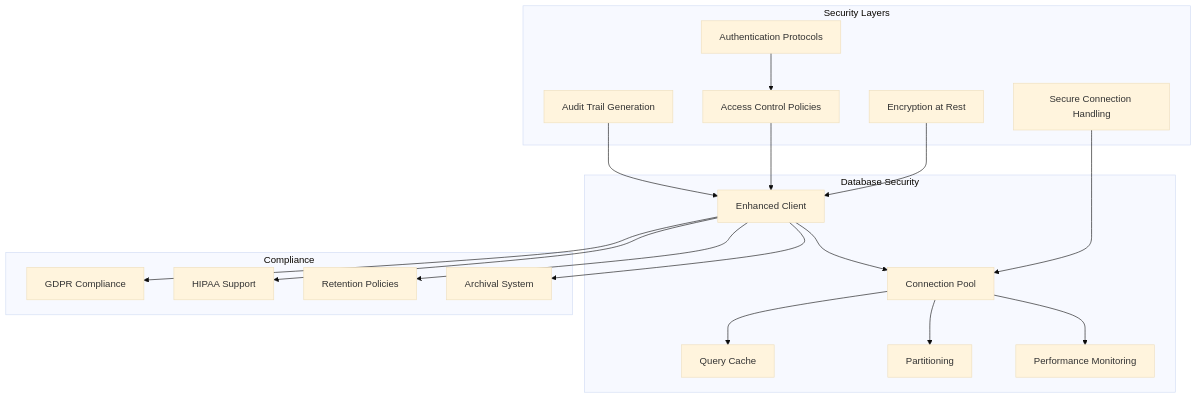
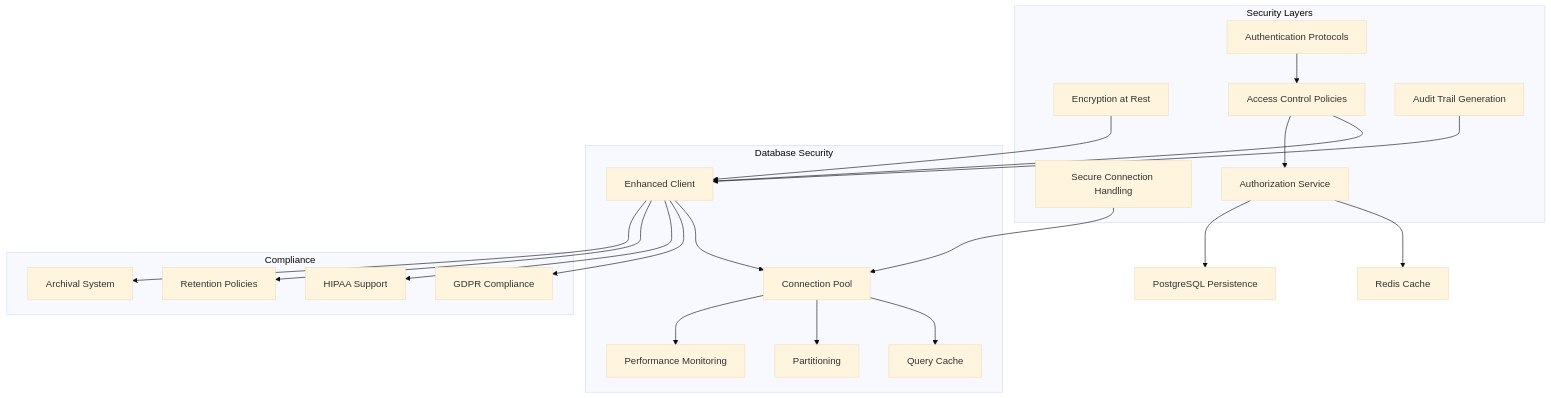
The second of 9 diagrams in .qoder/repowiki/en/content/Audit Database/Security and Access Control.md (smedrec/smart-logs), drawn with Mermaid (base theme) before and after one commit. The commit also changed other lines of this file and 7 other files, not shown here.

First line of the commit message:
feat(auth): add organization role management with Redis caching and PostgreSQL persistence

````diff
--- a/.qoder/repowiki/en/content/Audit Database/Security and Access Control.md
+++ b/.qoder/repowiki/en/content/Audit Database/Security and Access Control.md
@@ -78,36 +92,40 @@
 ```mermaid
 graph TD
 subgraph "Security Layers"
 Encryption["Encryption at Rest"]
 Connection["Secure Connection Handling"]
 Authentication["Authentication Protocols"]
 Access["Access Control Policies"]
 Audit["Audit Trail Generation"]
+Authorization["Authorization Service"]
 end
 subgraph "Database Security"
 Client["Enhanced Client"]
 Pool["Connection Pool"]
 Cache["Query Cache"]
 Partition["Partitioning"]
 Monitoring["Performance Monitoring"]
 end
 subgraph "Compliance"
 GDPR["GDPR Compliance"]
 HIPAA["HIPAA Support"]
 Retention["Retention Policies"]
 Archival["Archival System"]
 end
 Encryption --> Client
 Connection --> Pool
 Authentication --> Access
 Access --> Client
 Audit --> Client
 Client --> Pool
 Pool --> Cache
 Pool --> Partition
 Pool --> Monitoring
 Client --> GDPR
 Client --> HIPAA
 Client --> Retention
 Client --> Archival
+Access --> Authorization
+Authorization --> Redis["Redis Cache"]
+Authorization --> PostgreSQL["PostgreSQL Persistence"]
 ```
````
